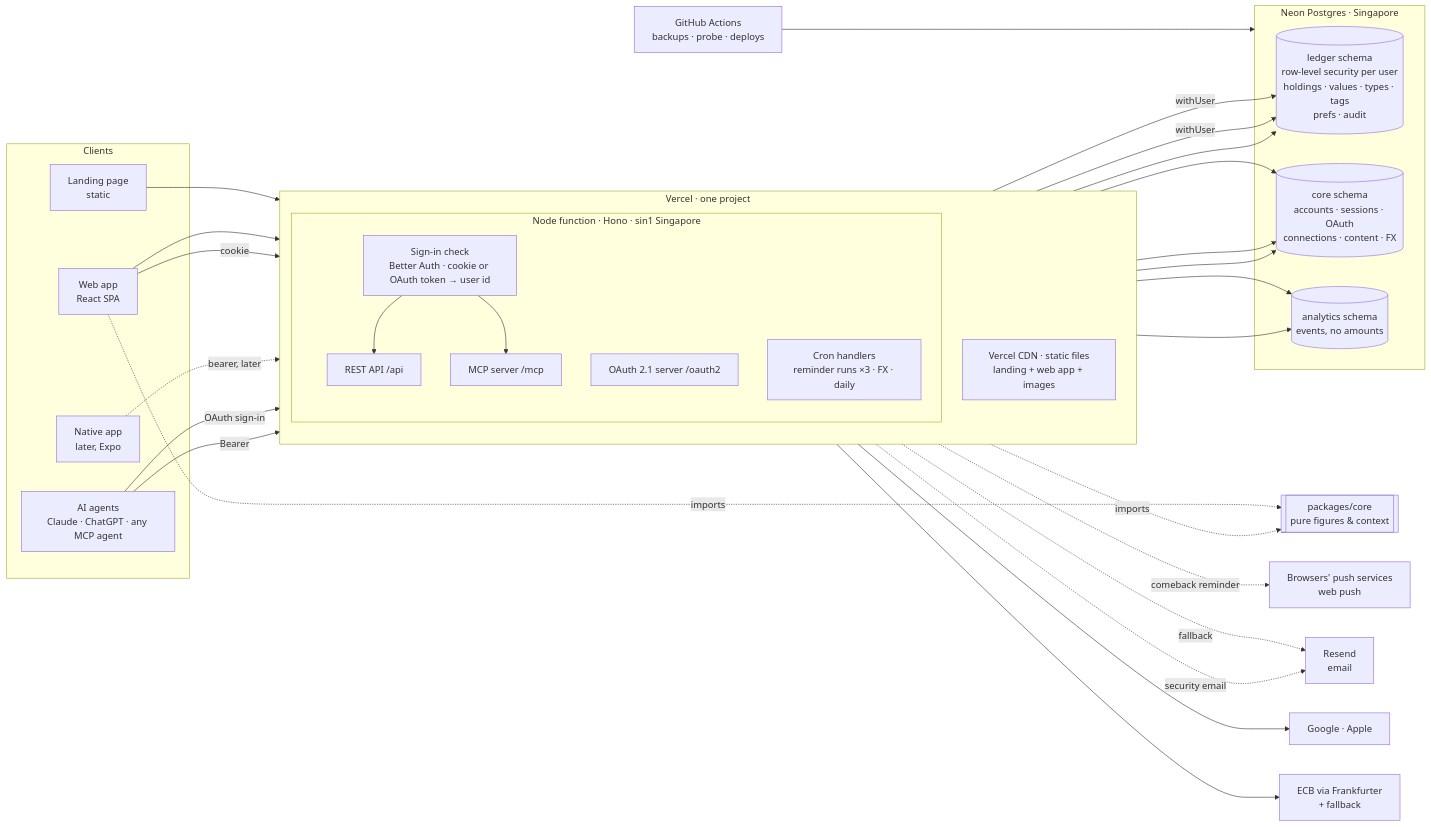
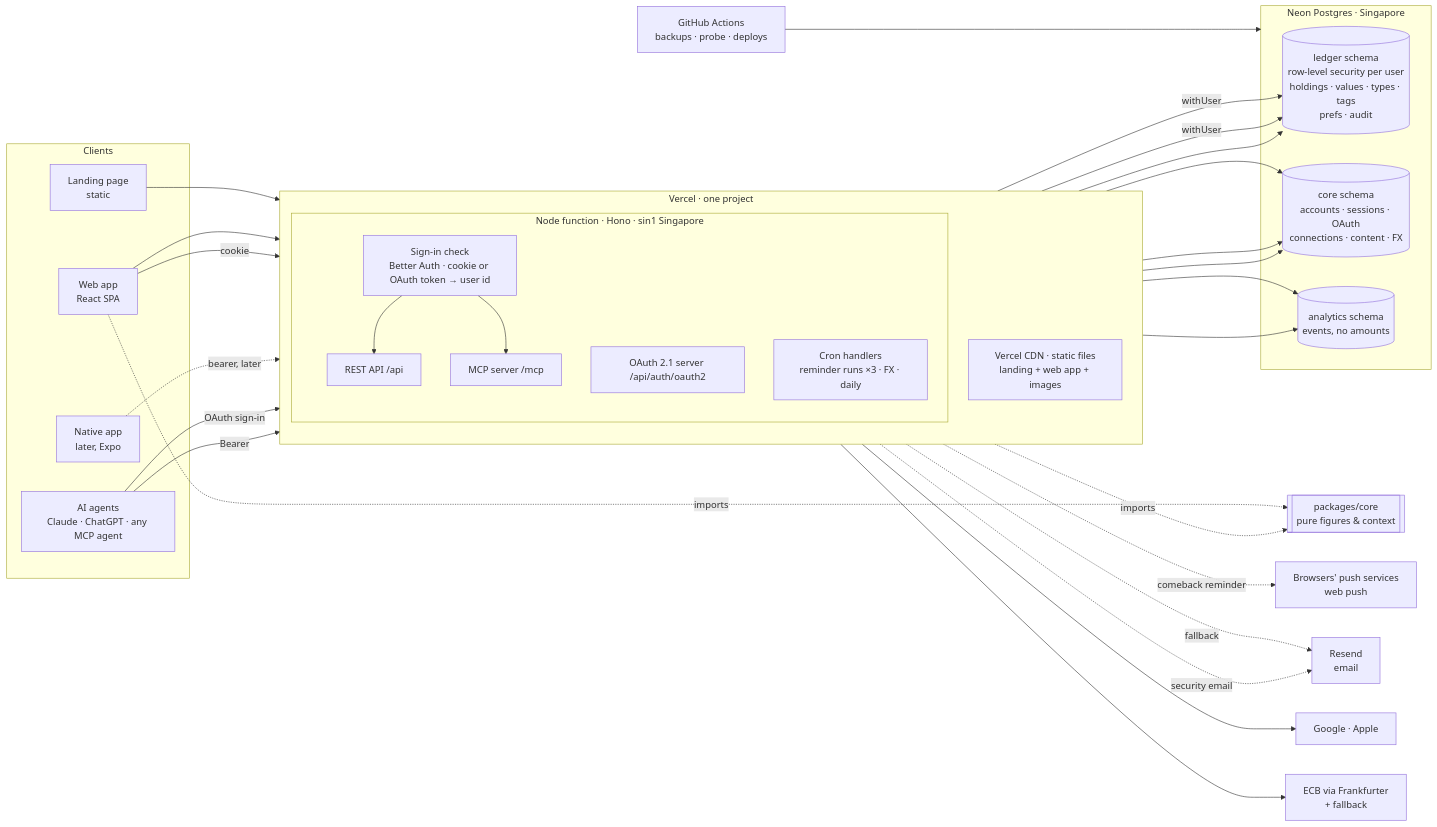
The first of 3 diagrams in docs/03-architecture.md (terrence0488/netnet), drawn with Mermaid before and after one commit. The commit also changed other lines of this file and 17 other files, not shown here.

````diff
--- a/docs/03-architecture.md
+++ b/docs/03-architecture.md
@@ -120,52 +121,52 @@
 ```mermaid
 flowchart LR
   subgraph clients[Clients]
     LP[Landing page<br/>static]
     WEB[Web app<br/>React SPA]
     AG[AI agents<br/>Claude · ChatGPT · any MCP agent]
     NAT[Native app<br/>later, Expo]
   end
 
   subgraph vercel[Vercel · one project]
     direction TB
     STATIC[Vercel CDN · static files<br/>landing + web app + images]
     subgraph fn[Node function · Hono · sin1 Singapore]
       GATE[Sign-in check<br/>Better Auth · cookie or OAuth token → user id]
       API[REST API /api]
-      AS[OAuth 2.1 server /oauth2]
+      AS[OAuth 2.1 server /api/auth/oauth2]
       MCP[MCP server /mcp]
       CRON[Cron handlers<br/>reminder runs ×3 · FX · daily]
     end
   end
 
   subgraph neon[Neon Postgres · Singapore]
     LEDGER[(ledger schema<br/>row-level security per user<br/>holdings · values · types · tags<br/>prefs · audit)]
     CORE[(core schema<br/>accounts · sessions · OAuth<br/>connections · content · FX)]
     EV[(analytics schema<br/>events, no amounts)]
   end
 
   GH[GitHub Actions<br/>backups · probe · deploys]
   PKG[[packages/core<br/>pure figures & context]]
 
   LP --> STATIC
   WEB --> STATIC
   WEB -->|cookie| GATE
   NAT -.->|bearer, later| GATE
   AG -->|OAuth sign-in| AS
   AG -->|Bearer| GATE
   GATE --> API & MCP
   API -->|withUser| LEDGER
   MCP -->|withUser| LEDGER
   GATE --> CORE
   AS --> CORE
   API & MCP --> EV
   CRON --> CORE & LEDGER
   GH --> neon
   CRON -.->|comeback reminder| PUSH[Browsers' push services<br/>web push]
   CRON -.->|fallback| MAIL[Resend<br/>email]
   AS -.->|security email| MAIL
   GATE --> IDP[Google · Apple]
   CRON --> FX[ECB via Frankfurter<br/>+ fallback]
   WEB -.imports.-> PKG
   fn -.imports.-> PKG
 ```
````
